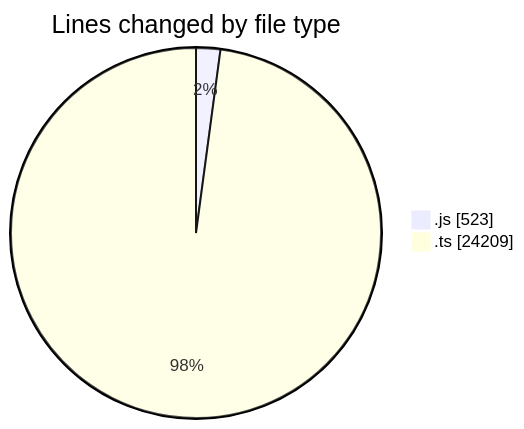
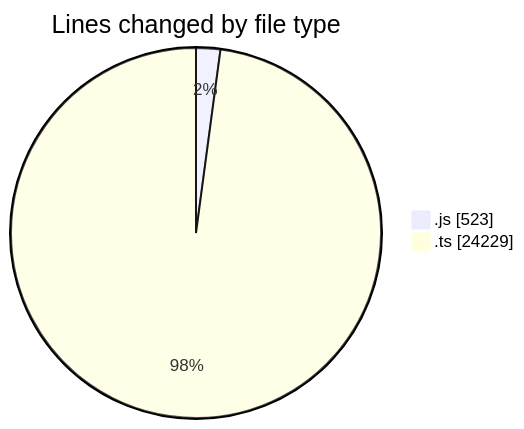
The first of 2 diagrams in 2025-08-15/cda/README.md (momahboobian/code-tracking), drawn with Mermaid before and after one commit. The commit also changed other lines of this file and 1 other file, not shown here.

````diff
--- a/2025-08-15/cda/README.md
+++ b/2025-08-15/cda/README.md
@@ -27,6 +27,6 @@
 ```mermaid
 pie showData
 title Lines changed by file type
 ".js" : 523
-".ts" : 24209
+".ts" : 24229
 ```
````
